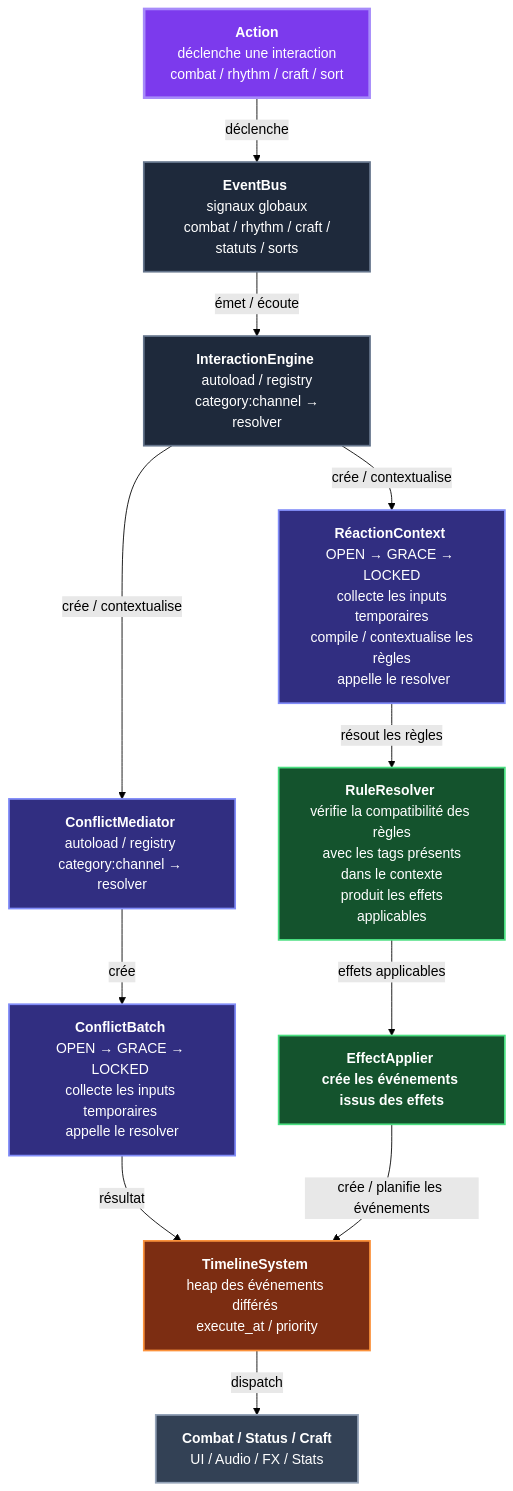
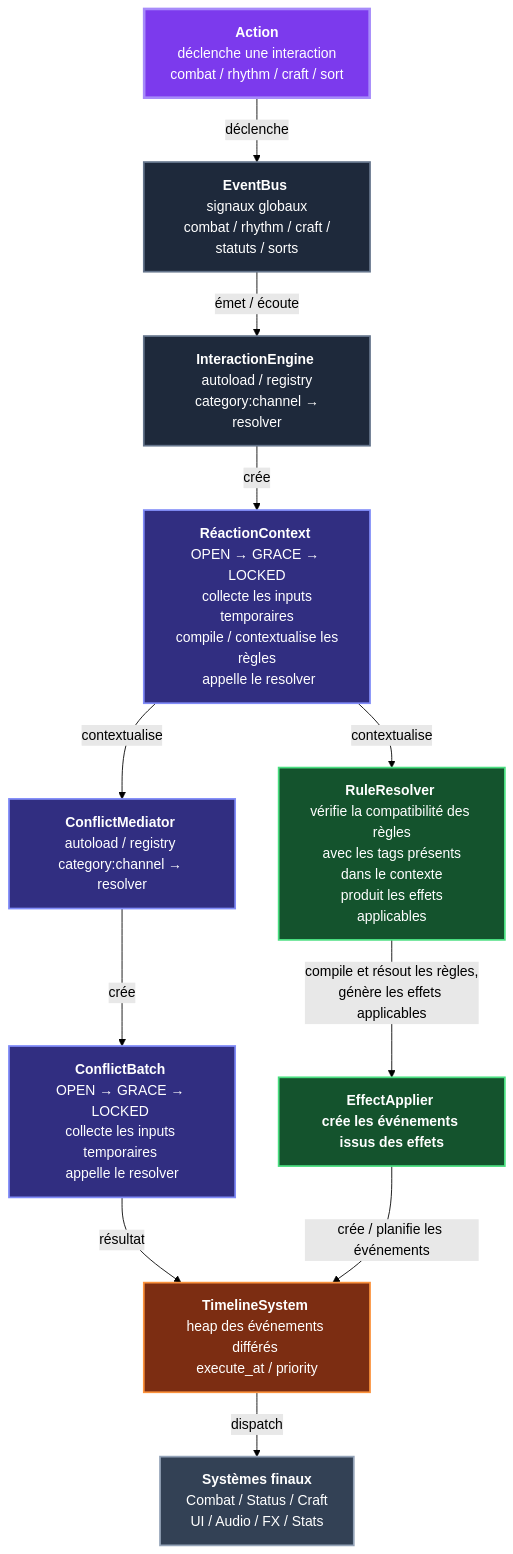
One commit to PonchioPi/CrossTrinity changed the diagram in README.md. Above: the diagram before and after it, drawn with Mermaid (forest theme).

Commit message:
Update README.md
Correction des éléments de l'encart Mermaid.

````diff
--- a/README.md
+++ b/README.md
@@ -175,57 +175,73 @@
 ```mermaid
 flowchart TD 
+
 ACT["<b>Action</b> 
 déclenche une interaction
  combat / rhythm / craft / sort"] 
+
 EB["<b>EventBus</b> 
 signaux globaux
  combat / rhythm / craft / statuts / sorts"] 
+
 IE["<b>InteractionEngine</b> 
 autoload / registry
  category:channel → resolver"]
+
 RC["<b>RéactionContext</b> 
 OPEN → GRACE → LOCKED
  collecte les inputs temporaires
  compile / contextualise les règles
  appelle le resolver"] 
+
 RR["<b>RuleResolver</b> 
 vérifie la compatibilité des règles
  avec les tags présents dans le contexte
  produit les effets applicables"] 
+
 CM["<b>ConflictMediator</b> 
 autoload / registry 
 category:channel → resolver"] 
+
 CB["<b>ConflictBatch</b> 
 OPEN → GRACE → LOCKED 
 collecte les inputs temporaires 
 appelle le resolver"] 
+
 EA["<b>EffectApplier</> 
 crée les événements issus des effets"] 
+
 TS["<b>TimelineSystem</b> 
 heap des événements différés 
 execute_at / priority"] 
-OUT["<b>Combat / Status / Craft</b> 
+
+OUT["<b>Systèmes finaux</b>
+Combat / Status / Craft 
 UI / Audio / FX / Stats"] 
+
 ACT -->|"déclenche"| EB 
+
 EB -->|"émet / écoute"| IE 
-IE -->|"crée / contextualise"| RC 
-IE -->|"crée / contextualise"| CM 
-RC -->|"résout les règles"| RR 
-RR -->|"effets applicables"| EA 
+
+IE -->|"crée"| RC 
+
+RC -->|"contextualise"| CM 
+RC -->|"contextualise"| RR 
+RR -->|"compile et résout les règles,
+génère les effets applicables"| EA 
 CM -->|"crée"| CB 
 CB -->|"résultat"| TS 
 EA -->|"crée / planifie les événements"| TS 
 TS -->|"dispatch"| OUT 
 classDef action fill:#7c3aed,color:#fff,stroke:#a78bfa,stroke-width:3px 
 classDef core fill:#1e293b,color:#fff,stroke:#64748b,stroke-width:2px 
 classDef context fill:#312e81,color:#fff,stroke:#818cf8,stroke-width:2px 
 classDef resolver fill:#14532d,color:#fff,stroke:#4ade80,stroke-width:2px 
 classDef timeline fill:#7c2d12,color:#fff,stroke:#fb923c,stroke-width:2px 
 classDef output fill:#334155,color:#fff,stroke:#94a3b8,stroke-width:2px 
 class ACT action; 
 class EB,IE core; 
 class RC,CM,CB context; 
 class RR,EA resolver;
 class TS timeline;
 class OUT output;
 ```
````
